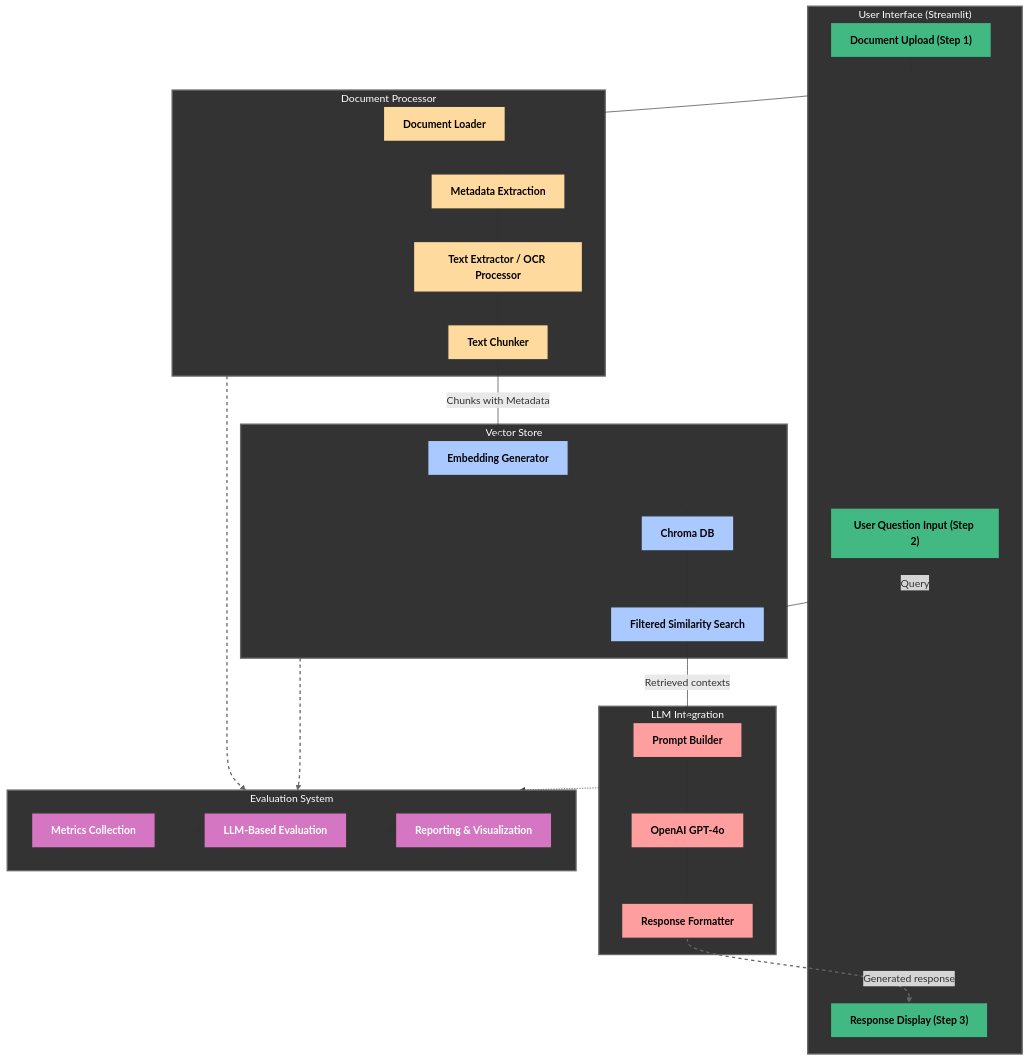
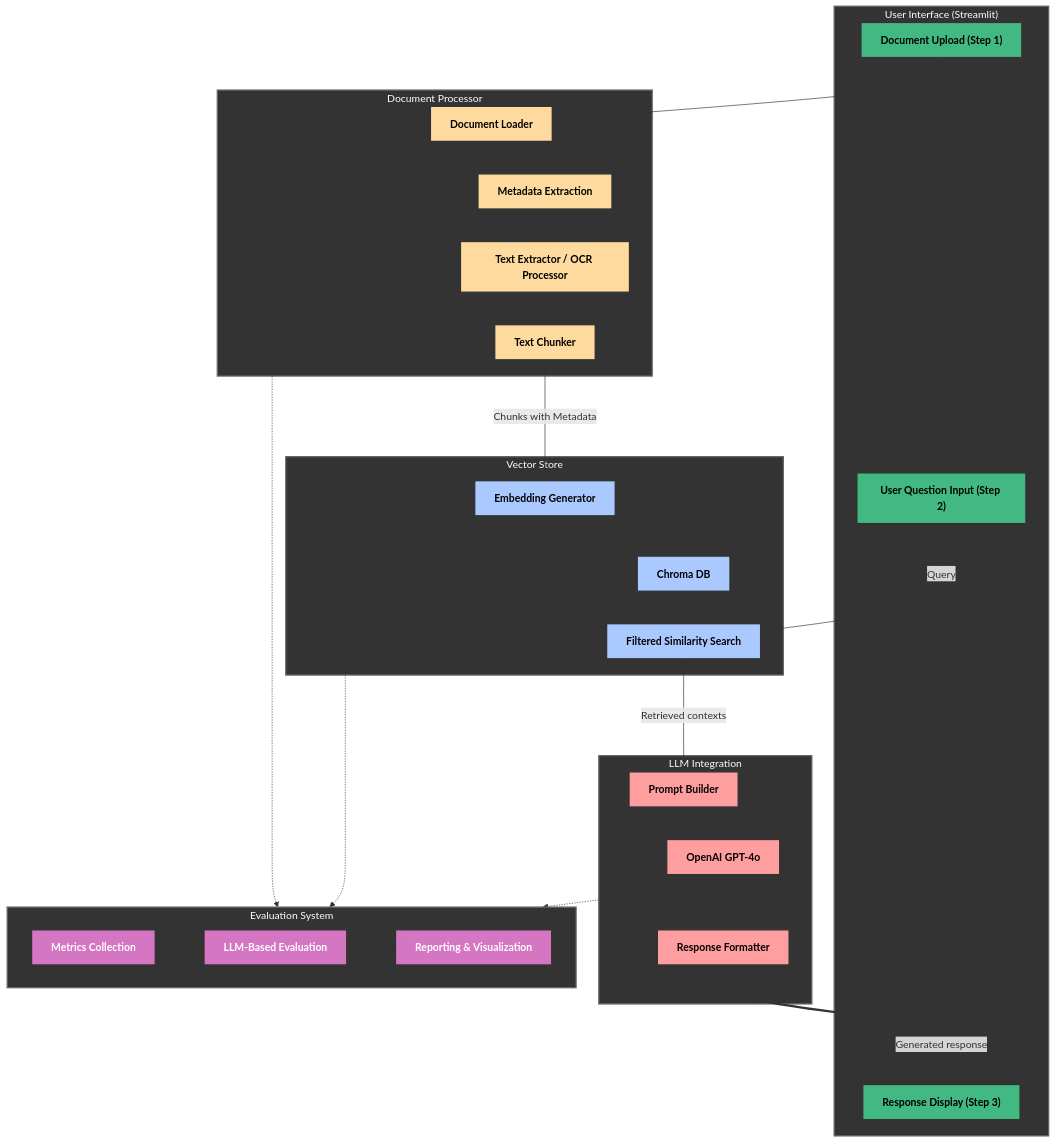
The diagram in README.md (mdwaquarahmad/fortune500-rag), drawn with Mermaid before and after one commit.

Commit message:
Documentation

````diff
--- a/README.md
+++ b/README.md
@@ -36,80 +36,86 @@
 ```mermaid
 flowchart TD
-    %% UI Components with specific positioning
+    %% Define all nodes first
+    A1["Document Upload (Step 1)"]
+    A2["User Question Input (Step 2)"]
+    A3["Response Display (Step 3)"]
+    B1["Document Loader"]
+    B2["Metadata Extraction"]
+    B3["Text Extractor / OCR Processor"]
+    B4["Text Chunker"]
+    C1["Embedding Generator"]
+    C2["Chroma DB"]
+    C3["Filtered Similarity Search"]
+    D1["Prompt Builder"]
+    D2["OpenAI GPT-4o"]
+    D3["Response Formatter"]
+    E1["Metrics Collection"]
+    E2["LLM-Based Evaluation"]
+    E3["Reporting & Visualization"]
+    
+    %% Group nodes into subgraphs
     subgraph UI["User Interface (Streamlit)"]
         style UI fill:#333333,stroke:#666666,stroke-width:2px,color:white
-        A1["Document Upload (Step 1)"]
-        A2["User Question Input (Step 2)"]
-        A3["Response Display (Step 3)"]
+        A1
+        A2
+        A3
     end
     
-    %% Document Processor Components
     subgraph DP["Document Processor"]
         style DP fill:#333333,stroke:#666666,stroke-width:2px,color:white
-        B1["Document Loader"]
-        B5["Metadata Extraction"]
-        B2["Text Extractor / OCR Processor"]
-        B4["Text Chunker"]
+        B1
+        B2
+        B3
+        B4
     end
     
-    %% Vector Store Components
     subgraph VS["Vector Store"]
         style VS fill:#333333,stroke:#666666,stroke-width:2px,color:white
-        C1["Embedding Generator"]
-        C2["Chroma DB"]
-        C3["Filtered Similarity Search"]
+        C1
+        C2
+        C3
     end
     
-    %% LLM Integration Components
     subgraph LLM["LLM Integration"]
         style LLM fill:#333333,stroke:#666666,stroke-width:2px,color:white
-        D1["Prompt Builder"]
-        D2["OpenAI GPT-4o"]
-        D3["Response Formatter"]
+        D1
+        D2
+        D3
     end
     
-    %% Evaluation System Components
     subgraph EVAL["Evaluation System"]
         style EVAL fill:#333333,stroke:#666666,stroke-width:2px,color:white
-        E1["Metrics Collection"]
-        E2["LLM-Based Evaluation"]
-        E3["Reporting & Visualization"]
+        E1
+        E2
+        E3
     end
     
-    %% Main connections - Document Processing
+    %% Define solid connections explicitly
     A1 --> B1
-    B1 --> B5
-    B5 --> B2
-    B2 --> B4
-    
-    %% Vector Store connections
-    B4 --> |"Chunks with Metadata"| C1
+    B1 --> B2
+    B2 --> B3
+    B3 --> B4
+    B4 ---> |"Chunks with Metadata"| C1
     C1 --> C2
     C2 --> C3
-    
-    %% User Question to Search
-    A2 --> |"Query"| C3
-    
-    %% Search to LLM
-    C3 --> |"Retrieved contexts"| D1
-    
-    %% LLM connections
+    A2 ---> |"Query"| C3
+    C3 ---> |"Retrieved contexts"| D1
     D1 --> D2
     D2 --> D3
     
-    %% Response to Display
-    D3 --> |"Generated response"| A3
+    %% Special emphasis on this connection being solid
+    D3 ===> |"Generated response"| A3
     
-    %% Evaluation connections - only these are dotted
-    DP -.-> EVAL
-    VS -.-> EVAL
-    LLM -.-> EVAL
+    %% Define evaluation connections as dotted
+    DP -..-> EVAL
+    VS -..-> EVAL
+    LLM -..-> EVAL
     
-    %% Evaluation internal connections
+    %% Solid connections for evaluation system internal flow
     E1 --> E2
     E2 --> E3
     
-    %% Styling for components
+    %% Styling classes
     classDef uiComponents fill:#42b983,stroke:#333,stroke-width:2px,color:black,font-weight:bold
     classDef dpComponents fill:#ffda9e,stroke:#333,stroke-width:2px,color:black,font-weight:bold
     classDef vsComponents fill:#aac9ff,stroke:#333,stroke-width:2px,color:black,font-weight:bold
@@ -118,11 +124,8 @@
     
     %% Apply styles
     class A1,A2,A3 uiComponents
-    class B1,B2,B4,B5 dpComponents
+    class B1,B2,B3,B4 dpComponents
     class C1,C2,C3 vsComponents
     class D1,D2,D3 llmComponents
     class E1,E2,E3 evalComponents
-    
-    %% Specify which links should be dotted (ONLY evaluation connections)
-    linkStyle 11,12,13 stroke:#666,stroke-width:2px,stroke-dasharray:5 5
 ```
````
